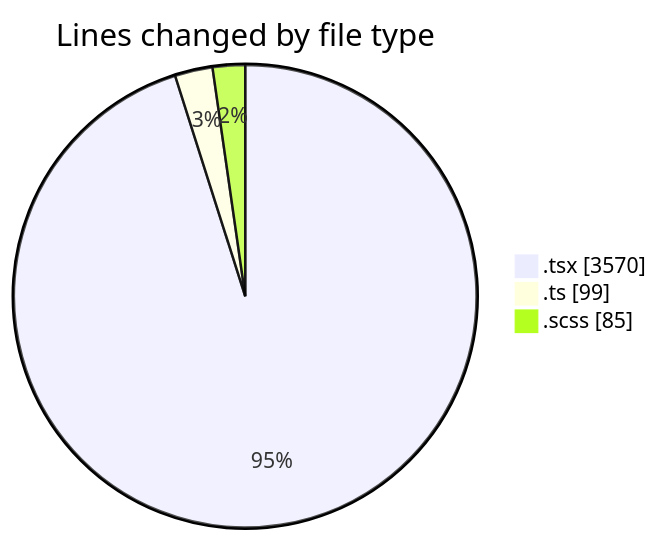
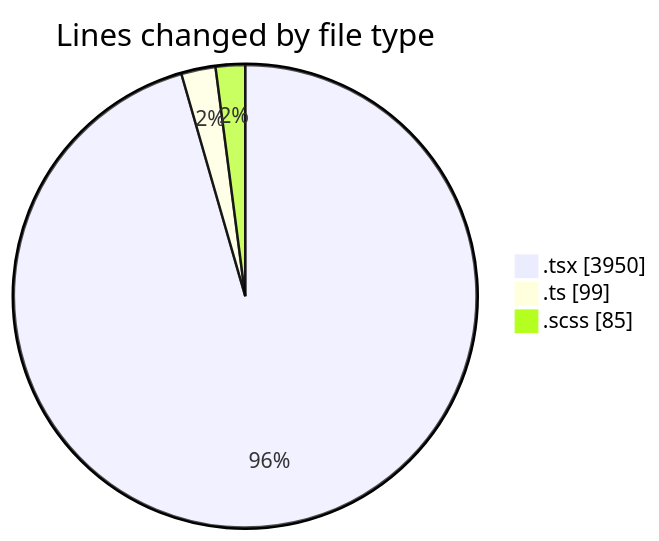
The first of 2 diagrams in 2025-02-11/cda/README.md (momahboobian/code-tracking), drawn with Mermaid before and after one commit. The commit also changed other lines of this file and 1 other file, not shown here.

````diff
--- a/2025-02-11/cda/README.md
+++ b/2025-02-11/cda/README.md
@@ -24,7 +24,7 @@
 ```mermaid
 pie showData
 title Lines changed by file type
-".tsx" : 3570
+".tsx" : 3950
 ".ts" : 99
 ".scss" : 85
 ```
````
